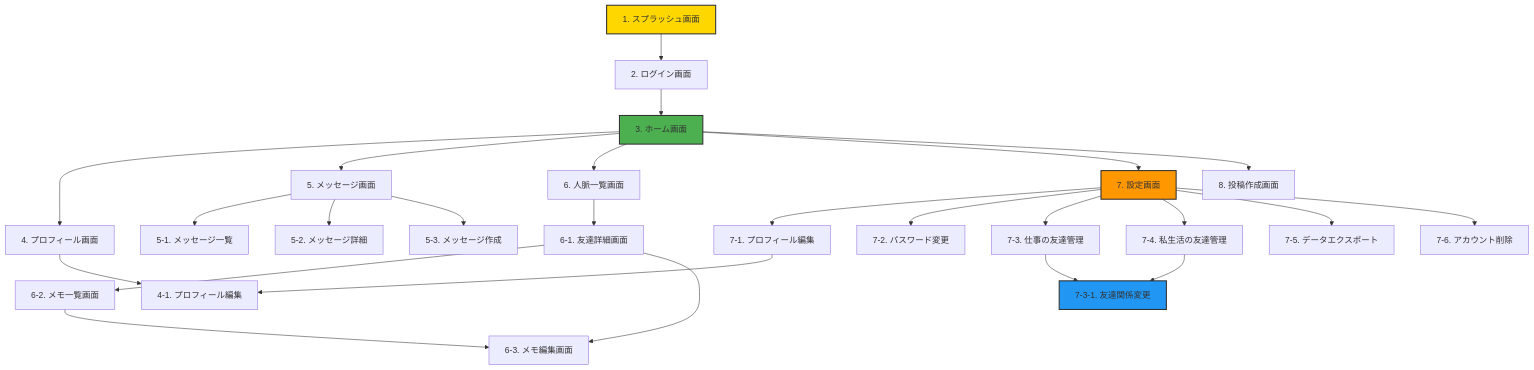
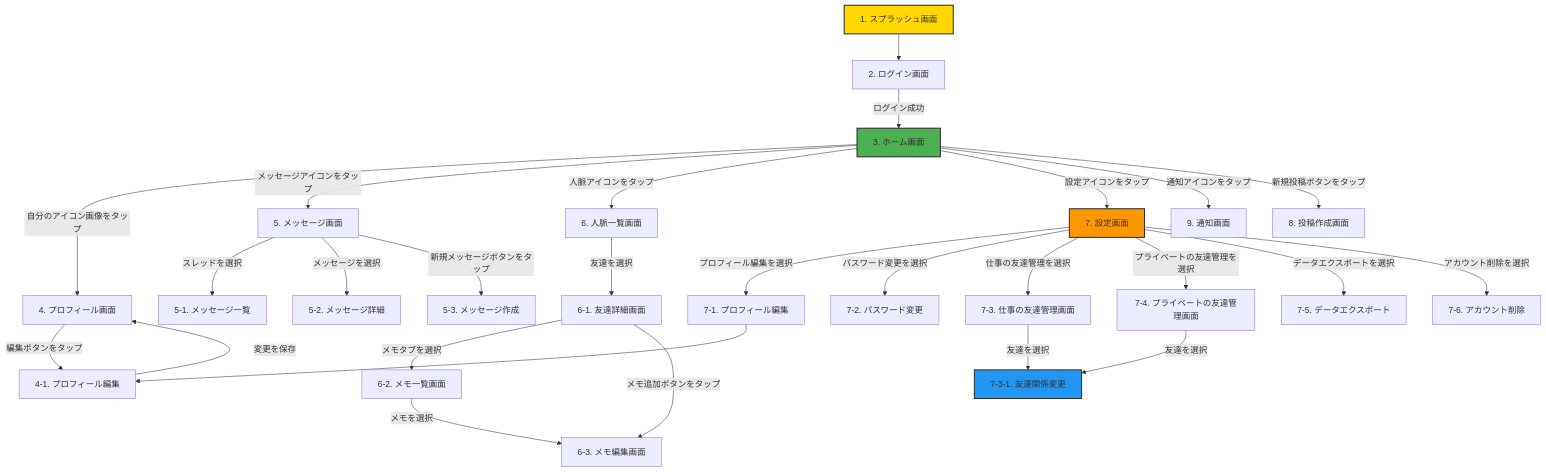
The fifth of 10 diagrams in uiux_book.md (hamatz/tech_doc), drawn with Mermaid before and after one commit. The commit also changed other lines of this file, not shown here.

````diff
--- a/uiux_book.md
+++ b/uiux_book.md
@@ -830,39 +831,41 @@
 ```mermaid
 graph TD
     A[1. スプラッシュ画面] --> B[2. ログイン画面]
-    B --> C[3. ホーム画面]
+    B -->|ログイン成功| C[3. ホーム画面]
     
-    C --> D[4. プロフィール画面]
-    C --> E[5. メッセージ画面]
-    C --> F[6. 人脈一覧画面]
-    C --> G[7. 設定画面]
+    C -->|自分のアイコン画像をタップ| D[4. プロフィール画面]
+    C -->|メッセージアイコンをタップ| E[5. メッセージ画面]
+    C -->|人脈アイコンをタップ| F[6. 人脈一覧画面]
+    C -->|設定アイコンをタップ| G[7. 設定画面]
+    C -->|通知アイコンをタップ| Z[9. 通知画面]
     
-    D --> H[4-1. プロフィール編集]
+    D -->|編集ボタンをタップ| H[4-1. プロフィール編集]
+    H -->|変更を保存| D
     
-    E --> I[5-1. メッセージ一覧]
-    E --> J[5-2. メッセージ詳細]
-    E --> K[5-3. メッセージ作成]
+    E -->|スレッドを選択| I[5-1. メッセージ一覧]
+    E -->|メッセージを選択| J[5-2. メッセージ詳細]
+    E -->|新規メッセージボタンをタップ| K[5-3. メッセージ作成]
     
-    F --> L[6-1. 友達詳細画面]
-    L --> M[6-2. メモ一覧画面]
-    L --> N[6-3. メモ編集画面]
-    M --> N
+    F -->|友達を選択| L[6-1. 友達詳細画面]
+    L -->|メモタブを選択| M[6-2. メモ一覧画面]
+    L -->|メモ追加ボタンをタップ| N[6-3. メモ編集画面]
+    M -->|メモを選択| N
     
-    G --> O[7-1. プロフィール編集]
+    G -->|プロフィール編集を選択| O[7-1. プロフィール編集]
     O --> H
-    G --> P[7-2. パスワード変更]
-    G --> Q[7-3. 仕事の友達管理]
-    G --> R[7-4. 私生活の友達管理]
-    G --> S[7-5. データエクスポート]
-    G --> T[7-6. アカウント削除]
+    G -->|パスワード変更を選択| P[7-2. パスワード変更]
+    G -->|仕事の友達管理を選択| Q[7-3. 仕事の友達管理画面]
+    G -->|プライベートの友達管理を選択| R[7-4. プライベートの友達管理画面]
+    G -->|データエクスポートを選択| S[7-5. データエクスポート]
+    G -->|アカウント削除を選択| T[7-6. アカウント削除]
     
-    Q --> U[7-3-1. 友達関係変更]
-    R --> U
+    Q -->|友達を選択| U[7-3-1. 友達関係変更]
+    R -->|友達を選択| U
     
-    C --> V[8. 投稿作成画面]
+    C -->|新規投稿ボタンをタップ| V[8. 投稿作成画面]
 
     style A fill:#FFD700,stroke:#333,stroke-width:2px
     style C fill:#4CAF50,stroke:#333,stroke-width:2px
     style G fill:#FF9800,stroke:#333,stroke-width:2px
     style U fill:#2196F3,stroke:#333,stroke-width:2px
 ```
````
